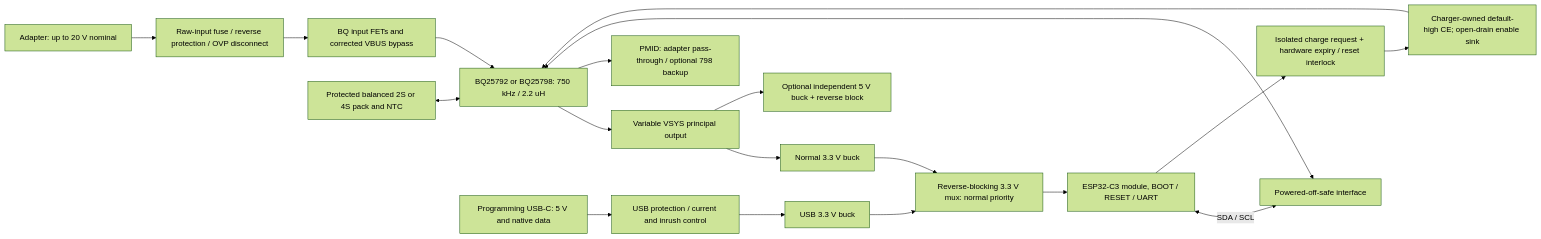
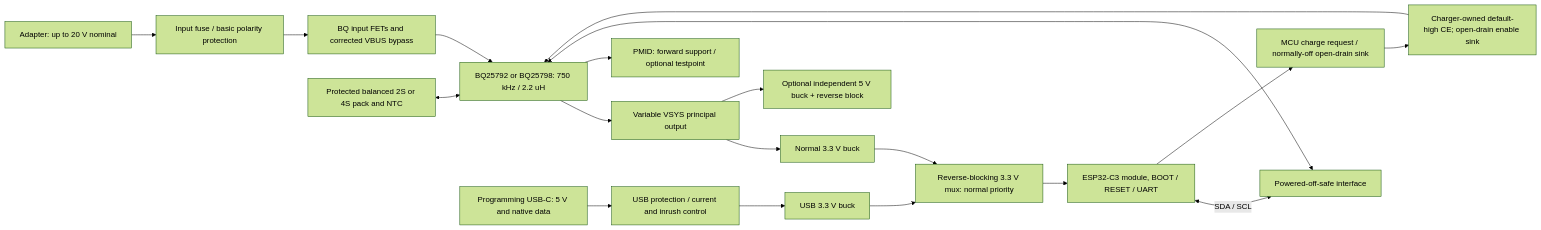
Before and after one commit to misch2/ups12v: the diagram in hardware/v4/V4_ARCHITECTURE.md, drawn with Mermaid (forest theme). The commit also changed other lines of this file and 7 other files, not shown here.

````diff
--- a/hardware/v4/V4_ARCHITECTURE.md
+++ b/hardware/v4/V4_ARCHITECTURE.md
@@ -7,21 +7,21 @@
 ```mermaid
 flowchart LR
-  IN[Adapter: up to 20 V nominal] --> PROT[Raw-input fuse / reverse protection / OVP disconnect]
+  IN[Adapter: up to 20 V nominal] --> PROT[Input fuse / basic polarity protection]
   PROT --> FET[BQ input FETs and corrected VBUS bypass]
   FET --> BQ[BQ25792 or BQ25798: 750 kHz / 2.2 uH]
   PACK[Protected balanced 2S or 4S pack and NTC] <--> BQ
   BQ --> SYS[Variable VSYS principal output]
-  BQ --> PM[PMID: adapter pass-through / optional 798 backup]
+  BQ --> PM[PMID: forward support / optional testpoint]
   SYS --> N[Normal 3.3 V buck]
   SYS --> FIVE[Optional independent 5 V buck + reverse block]
   USB[Programming USB-C: 5 V and native data] --> UP[USB protection / current and inrush control]
   UP --> U[USB 3.3 V buck]
   N --> M[Reverse-blocking 3.3 V mux: normal priority]
   U --> M
   M --> ESP[ESP32-C3 module, BOOT / RESET / UART]
   ESP <-->|SDA / SCL| ISO[Powered-off-safe interface]
   ISO <--> BQ
-  ESP --> PERMIT[Isolated charge request + hardware expiry / reset interlock]
+  ESP --> PERMIT[MCU charge request / normally-off open-drain sink]
   PERMIT --> CE[Charger-owned default-high CE; open-drain enable sink]
   CE --> BQ
 ```
````
